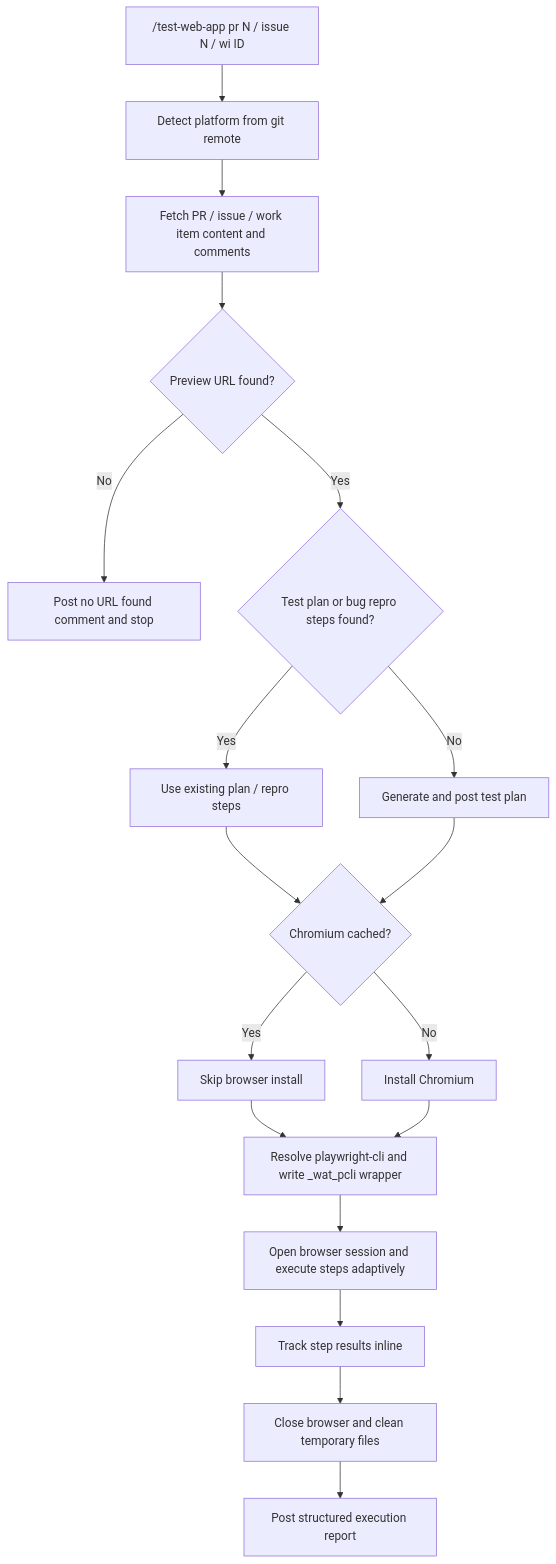
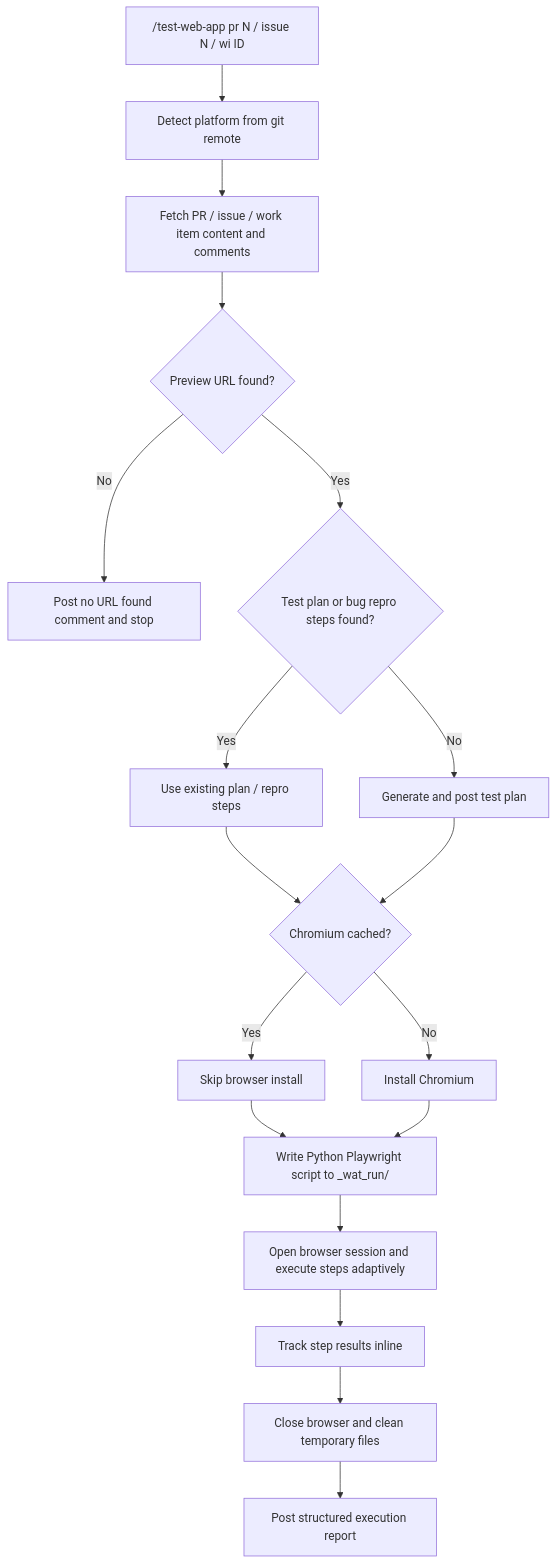
One commit to Chamalasela/documentation changed the diagram in src/content/docs/official-plugins/web-app-tester.md. Above: the diagram before and after it, drawn with Mermaid. The commit also changed other lines of this file, not shown here.

````diff
--- a/src/content/docs/official-plugins/web-app-tester.md
+++ b/src/content/docs/official-plugins/web-app-tester.md
@@ -20,20 +20,20 @@
 ```mermaid
 flowchart TD
     A["/test-web-app pr N / issue N / wi ID"] --> P[Detect platform from git remote]
     P --> B[Fetch PR / issue / work item content and comments]
     B --> C{Preview URL found?}
     C -- No --> D[Post no URL found comment and stop]
     C -- Yes --> E{Test plan or bug repro steps found?}
     E -- Yes --> F[Use existing plan / repro steps]
     E -- No --> G[Generate and post test plan]
     F --> H{Chromium cached?}
     G --> H
     H -- Yes --> I[Skip browser install]
     H -- No --> J[Install Chromium]
-    I --> K[Resolve playwright-cli and write _wat_pcli wrapper]
+    I --> K[Write Python Playwright script to _wat_run/]
     J --> K
     K --> L[Open browser session and execute steps adaptively]
     L --> M[Track step results inline]
     M --> N[Close browser and clean temporary files]
     N --> O[Post structured execution report]
 ```
````
